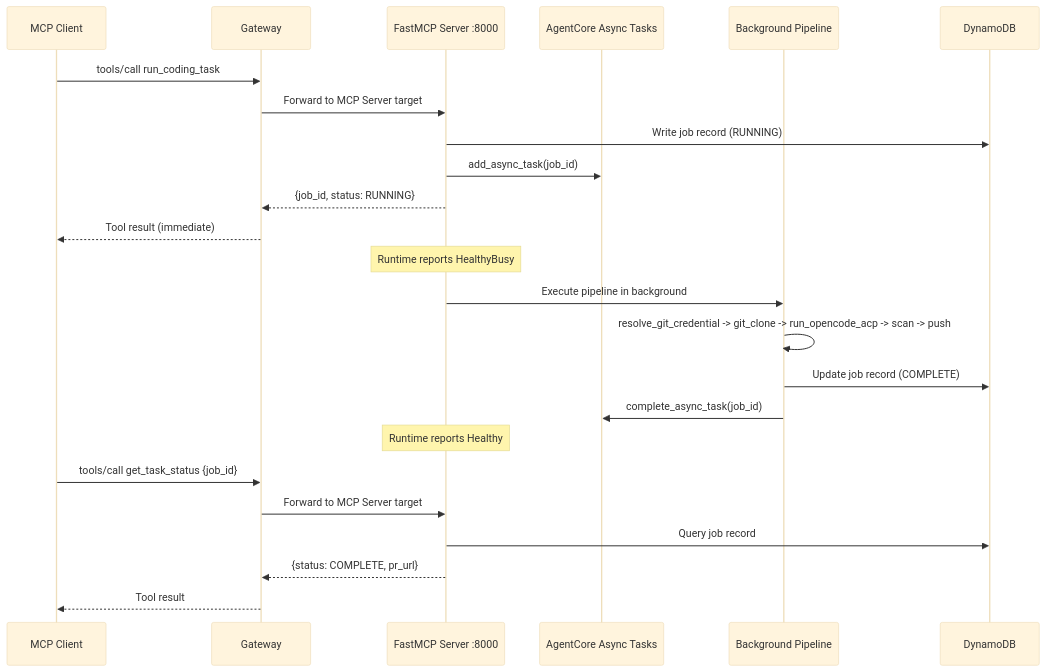
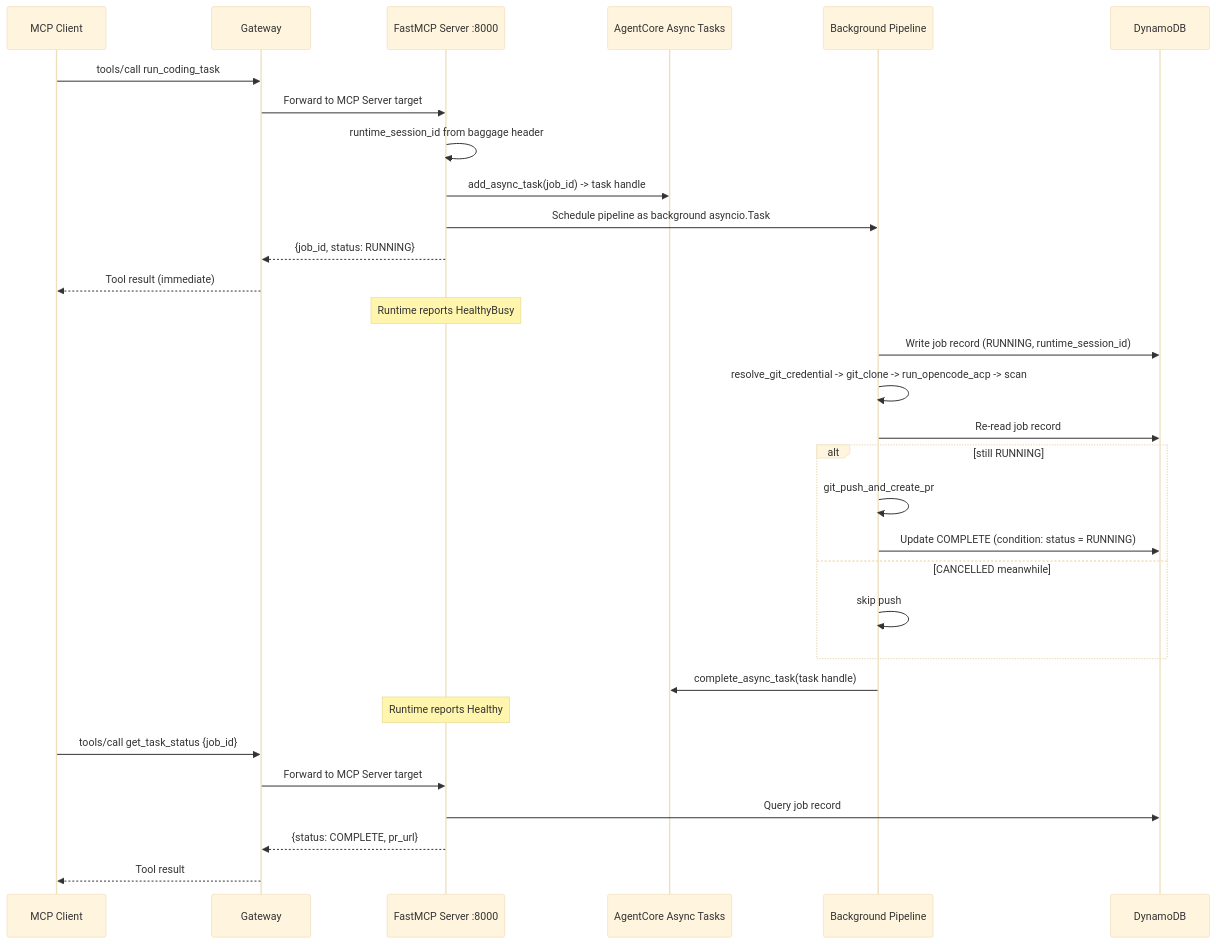
One commit to aws-samples/sample-opencode-on-amazon-bedrock-agentcore changed the second of 5 diagrams in docs/ARCHITECTURE.md. Above: the diagram before and after it, drawn with Mermaid (base theme). The commit also changed other lines of this file and 97 other files, not shown here.

First line of the commit message:
Consolidate stacks, harden pipeline, fix cancel/async/ACP bugs, update docs

````diff
--- a/docs/ARCHITECTURE.md
+++ b/docs/ARCHITECTURE.md
@@ -110,33 +113,39 @@
 ```mermaid
 sequenceDiagram
     participant MC as MCP Client
     participant GW as Gateway
     participant MCP as FastMCP Server :8000
     participant AC as AgentCore Async Tasks
     participant PIPE as Background Pipeline
     participant DDB as DynamoDB
 
     MC->>GW: tools/call run_coding_task
     GW->>MCP: Forward to MCP Server target
 
-    MCP->>DDB: Write job record (RUNNING)
-    MCP->>AC: add_async_task(job_id)
+    MCP->>MCP: runtime_session_id from baggage header
+    MCP->>AC: add_async_task(job_id) -> task handle
+    MCP->>PIPE: Schedule pipeline as background asyncio.Task
     MCP-->>GW: {job_id, status: RUNNING}
     GW-->>MC: Tool result (immediate)
 
     Note over MCP: Runtime reports HealthyBusy
 
-    MCP->>PIPE: Execute pipeline in background
-    PIPE->>PIPE: resolve_git_credential -> git_clone -> run_opencode_acp -> scan -> push
-
-    PIPE->>DDB: Update job record (COMPLETE)
-    PIPE->>AC: complete_async_task(job_id)
+    PIPE->>DDB: Write job record (RUNNING, runtime_session_id)
+    PIPE->>PIPE: resolve_git_credential -> git_clone -> run_opencode_acp -> scan
+    PIPE->>DDB: Re-read job record
+    alt still RUNNING
+        PIPE->>PIPE: git_push_and_create_pr
+        PIPE->>DDB: Update COMPLETE (condition: status = RUNNING)
+    else CANCELLED meanwhile
+        PIPE->>PIPE: skip push
+    end
+    PIPE->>AC: complete_async_task(task handle)
 
     Note over MCP: Runtime reports Healthy
 
     MC->>GW: tools/call get_task_status {job_id}
     GW->>MCP: Forward to MCP Server target
     MCP->>DDB: Query job record
     MCP-->>GW: {status: COMPLETE, pr_url}
     GW-->>MC: Tool result
 ```
````
